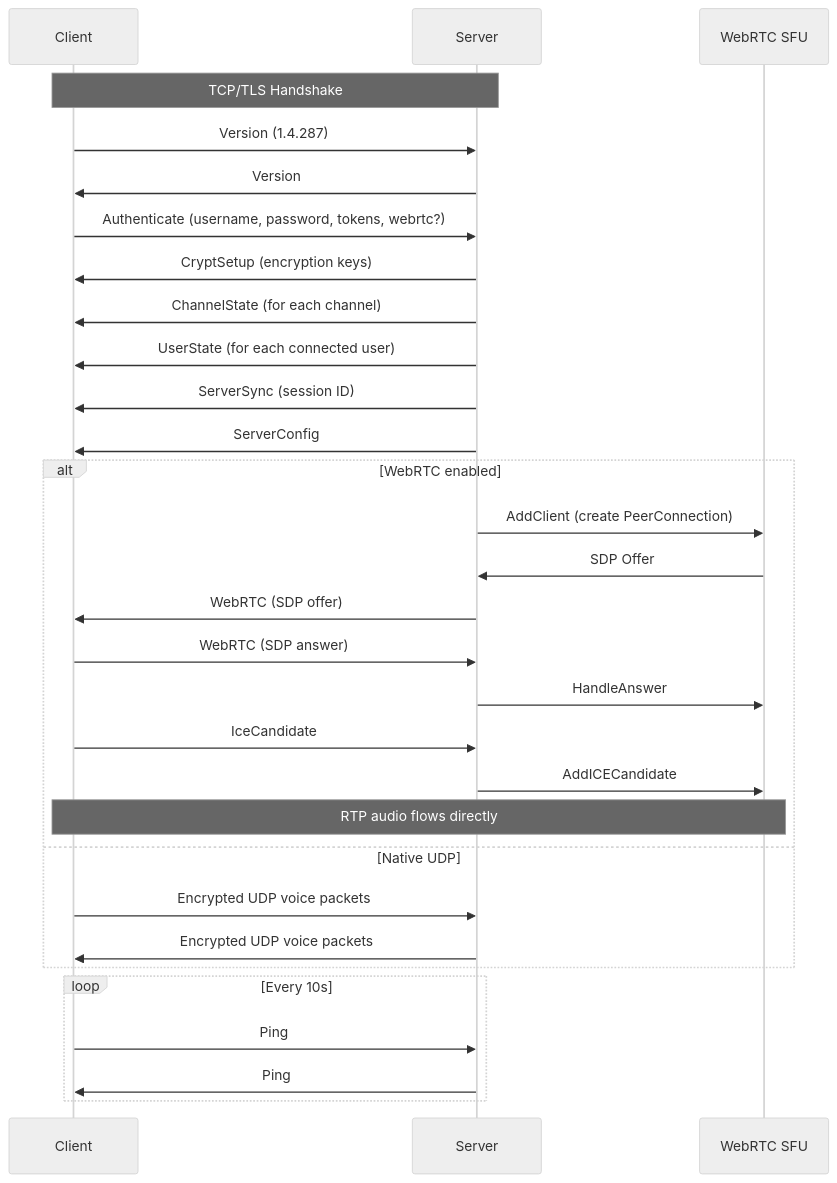
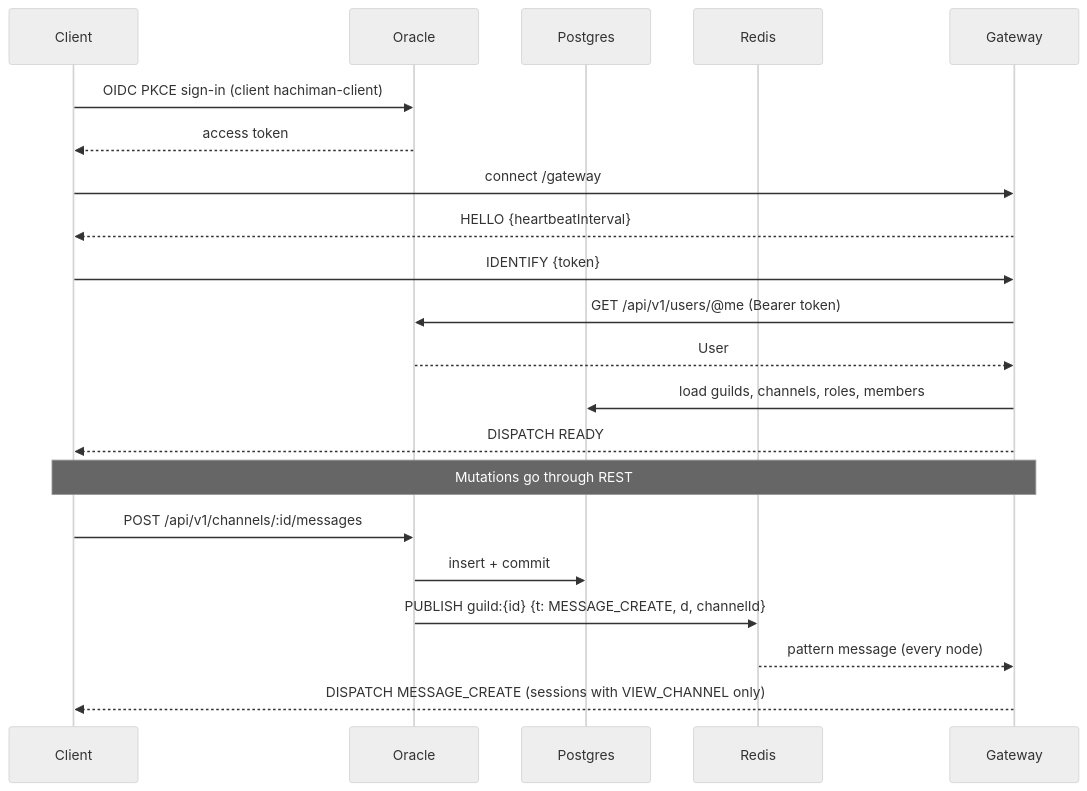
The second of 4 diagrams in README.md (dan-hummelstad/hachiman), drawn with Mermaid (neutral theme) before and after one commit. The commit also changed other lines of this file and 626 other files, not shown here.

Commit message:
completely refactor architecturally into a discord style application

````diff
--- a/README.md
+++ b/README.md
@@ -304,35 +59,25 @@
 ```mermaid
 sequenceDiagram
-    participant C as Client
-    participant S as Server
-    participant SFU as WebRTC SFU
+  participant C as Client
+  participant O as Oracle
+  participant PG as Postgres
+  participant R as Redis
+  participant G as Gateway
 
-    Note over C,S: TCP/TLS Handshake
-    C->>S: Version (1.4.287)
-    S->>C: Version
-    C->>S: Authenticate (username, password, tokens, webrtc?)
-    S->>C: CryptSetup (encryption keys)
-    S->>C: ChannelState (for each channel)
-    S->>C: UserState (for each connected user)
-    S->>C: ServerSync (session ID)
-    S->>C: ServerConfig
+  C->>O: OIDC PKCE sign-in (client hachiman-client)
+  O-->>C: access token
+  C->>G: connect /gateway
+  G-->>C: HELLO {heartbeatInterval}
+  C->>G: IDENTIFY {token}
+  G->>O: GET /api/v1/users/@me (Bearer token)
+  O-->>G: User
+  G->>PG: load guilds, channels, roles, members
+  G-->>C: DISPATCH READY
 
-    alt WebRTC enabled
-        S->>SFU: AddClient (create PeerConnection)
-        SFU->>S: SDP Offer
-        S->>C: WebRTC (SDP offer)
-        C->>S: WebRTC (SDP answer)
-        S->>SFU: HandleAnswer
-        C->>S: IceCandidate
-        S->>SFU: AddICECandidate
-        Note over C,SFU: RTP audio flows directly
-    else Native UDP
-        C->>S: Encrypted UDP voice packets
-        S->>C: Encrypted UDP voice packets
-    end
-
-    loop Every 10s
-        C->>S: Ping
-        S->>C: Ping
-    end
+  Note over C,G: Mutations go through REST
+  C->>O: POST /api/v1/channels/:id/messages
+  O->>PG: insert + commit
+  O->>R: PUBLISH guild:{id} {t: MESSAGE_CREATE, d, channelId}
+  R-->>G: pattern message (every node)
+  G-->>C: DISPATCH MESSAGE_CREATE (sessions with VIEW_CHANNEL only)
 ```
````
